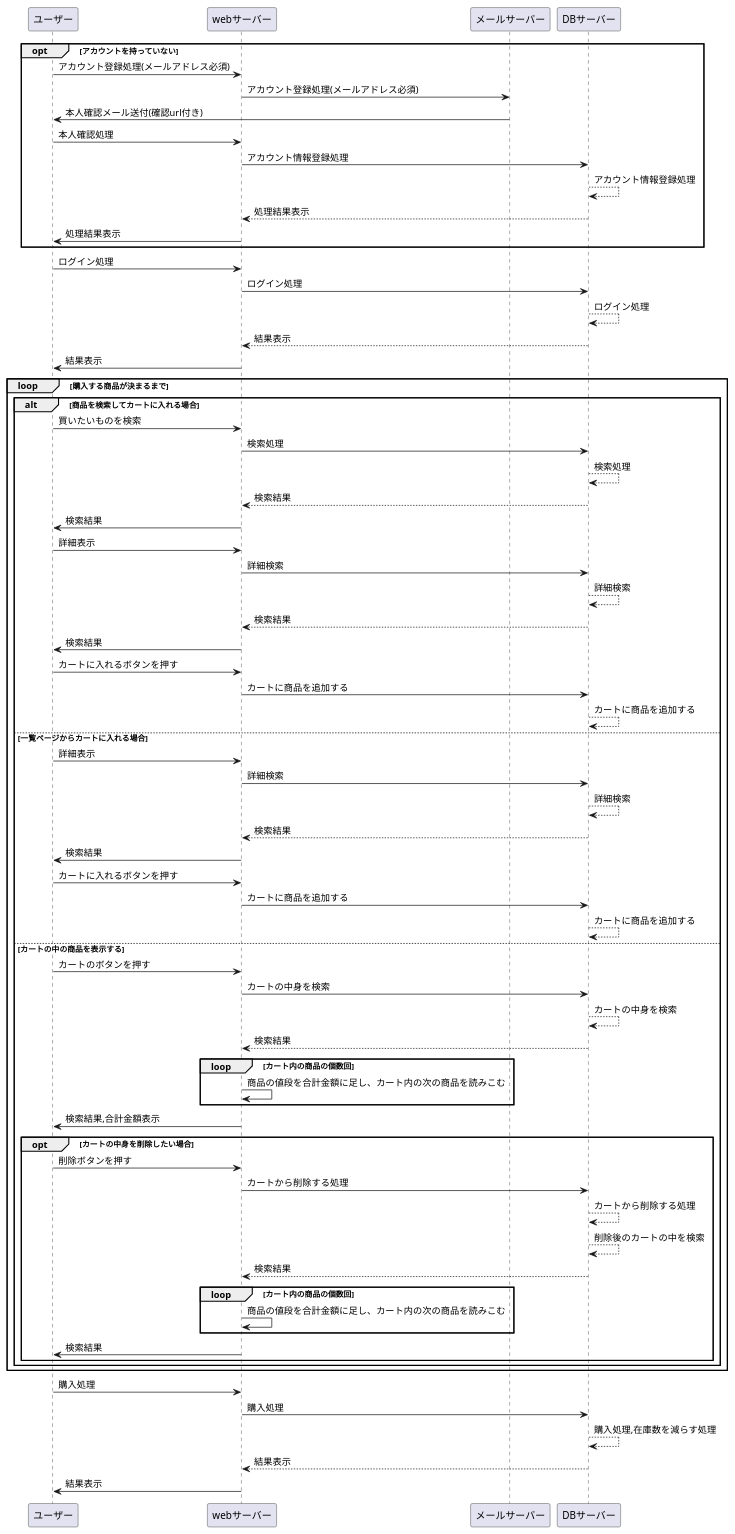
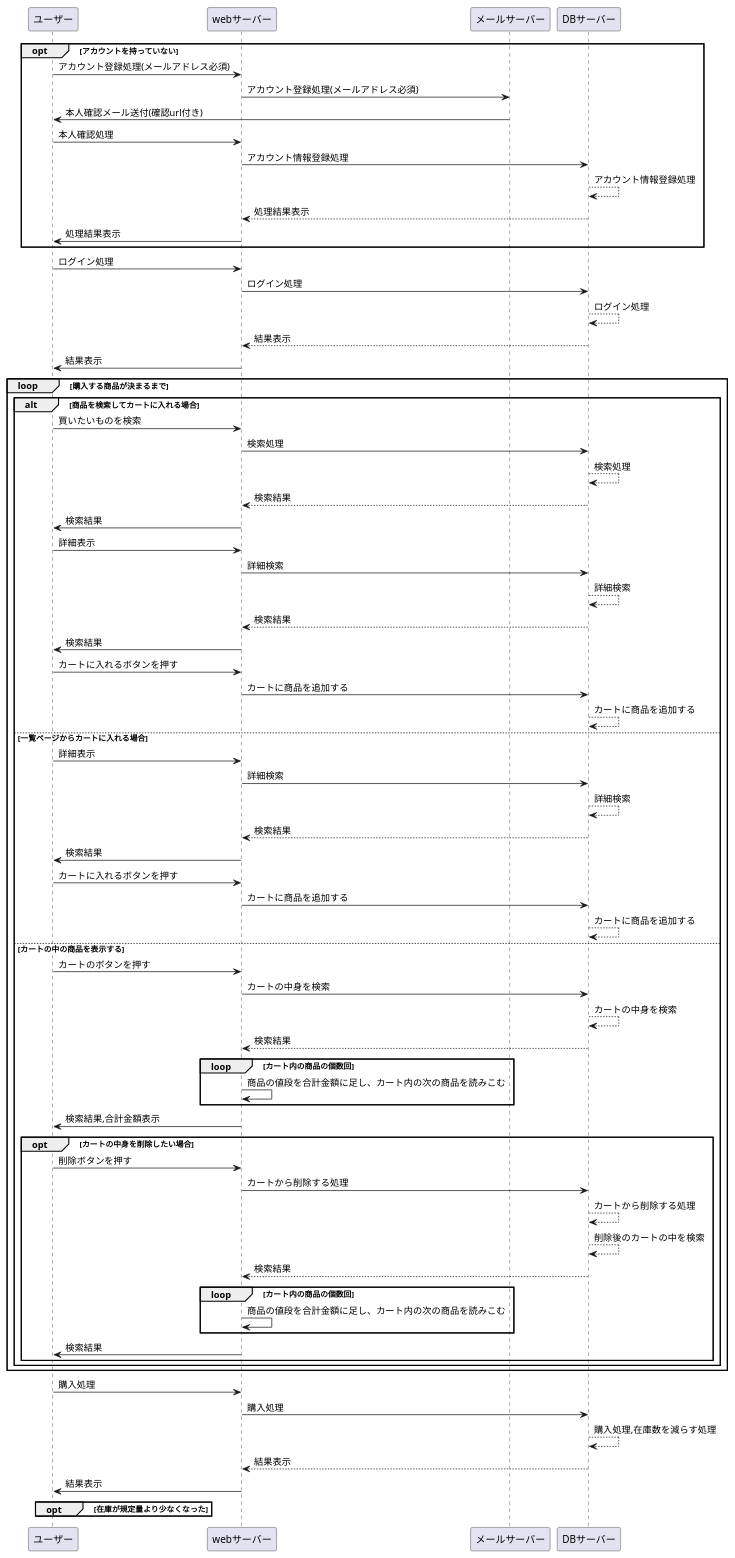
Before and after one commit to Aso2001026/2021sys-design: the diagram in original-flow.md, drawn with PlantUML.

````diff
--- a/original-flow.md
+++ b/original-flow.md
@@ -1,77 +1,79 @@
 ```uml
 @startuml
 opt アカウントを持っていない
 ユーザー -> webサーバー : アカウント登録処理(メールアドレス必須)
 webサーバー -> メールサーバー: アカウント登録処理(メールアドレス必須)
 メールサーバー -> ユーザー :本人確認メール送付(確認url付き)
 ユーザー -> webサーバー : 本人確認処理
 webサーバー -> DBサーバー: アカウント情報登録処理
 DBサーバー --> DBサーバー : アカウント情報登録処理
 DBサーバー --> webサーバー: 処理結果表示
 webサーバー -> ユーザー :処理結果表示
 end
 ユーザー -> webサーバー : ログイン処理
 webサーバー -> DBサーバー: ログイン処理
 DBサーバー --> DBサーバー : ログイン処理
 DBサーバー --> webサーバー: 結果表示
 webサーバー -> ユーザー :結果表示
 loop 購入する商品が決まるまで
 
 alt 商品を検索してカートに入れる場合
 ユーザー -> webサーバー : 買いたいものを検索
 webサーバー -> DBサーバー: 検索処理
 DBサーバー --> DBサーバー : 検索処理
 DBサーバー --> webサーバー: 検索結果
 webサーバー -> ユーザー :検索結果
 ユーザー -> webサーバー : 詳細表示
 webサーバー -> DBサーバー: 詳細検索
 DBサーバー --> DBサーバー : 詳細検索
 DBサーバー --> webサーバー: 検索結果
 webサーバー -> ユーザー :検索結果
 ユーザー -> webサーバー : カートに入れるボタンを押す
 webサーバー -> DBサーバー: カートに商品を追加する
 DBサーバー --> DBサーバー : カートに商品を追加する
 
 else 一覧ページからカートに入れる場合
 ユーザー -> webサーバー : 詳細表示
 webサーバー -> DBサーバー: 詳細検索
 DBサーバー --> DBサーバー : 詳細検索
 DBサーバー --> webサーバー: 検索結果
 webサーバー -> ユーザー :検索結果
 ユーザー -> webサーバー : カートに入れるボタンを押す
 webサーバー -> DBサーバー: カートに商品を追加する
 DBサーバー --> DBサーバー : カートに商品を追加する
 
 else カートの中の商品を表示する
 ユーザー -> webサーバー : カートのボタンを押す
 webサーバー -> DBサーバー: カートの中身を検索
 DBサーバー --> DBサーバー : カートの中身を検索
 DBサーバー --> webサーバー: 検索結果
 loop カート内の商品の個数回
 webサーバー -> webサーバー :商品の値段を合計金額に足し、カート内の次の商品を読みこむ
 end
 webサーバー -> ユーザー :検索結果,合計金額表示
 opt カートの中身を削除したい場合
 ユーザー -> webサーバー : 削除ボタンを押す
 webサーバー -> DBサーバー: カートから削除する処理
 DBサーバー --> DBサーバー : カートから削除する処理
 DBサーバー --> DBサーバー : 削除後のカートの中を検索
 DBサーバー --> webサーバー: 検索結果
 loop カート内の商品の個数回
 webサーバー -> webサーバー :商品の値段を合計金額に足し、カート内の次の商品を読みこむ
 end
 webサーバー -> ユーザー :検索結果
 end
 end
 
 end
 
 
 ユーザー -> webサーバー : 購入処理
 webサーバー -> DBサーバー: 購入処理
 DBサーバー --> DBサーバー : 購入処理,在庫数を減らす処理
 DBサーバー --> webサーバー: 結果表示
 webサーバー -> ユーザー : 結果表示
+opt 在庫が規定量より少なくなった
 
+end
 @enduml
 ```
````
